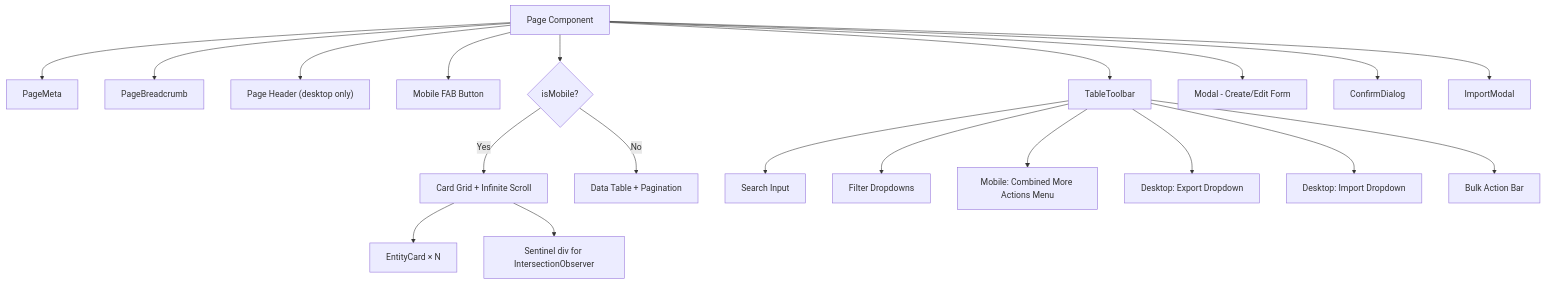
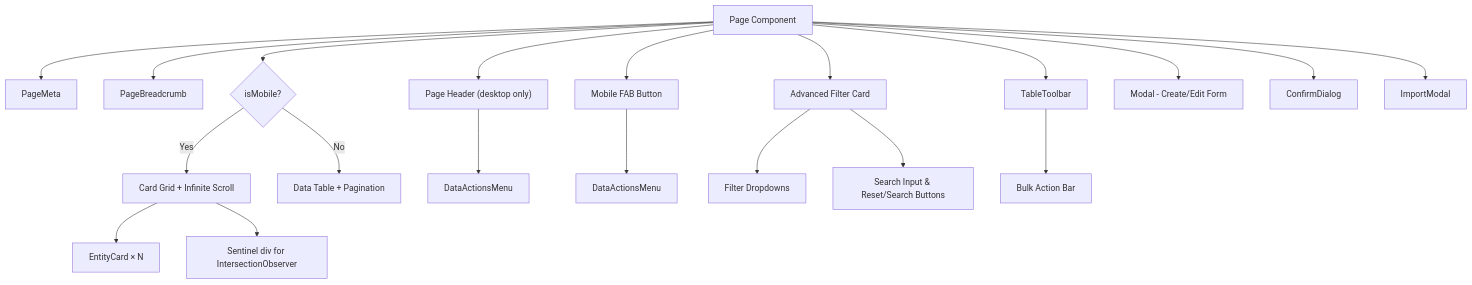
The diagram in PAGE_STANDARD_GUIDELINE.md (dev-pustek/fe-attendance-system), drawn with Mermaid before and after one commit. The commit also changed other lines of this file and 61 other files, not shown here.

````diff
--- a/PAGE_STANDARD_GUIDELINE.md
+++ b/PAGE_STANDARD_GUIDELINE.md
@@ -63,24 +63,24 @@
 ```mermaid
 graph TD
     A[Page Component] --> B[PageMeta]
     A --> C[PageBreadcrumb]
     A --> D["Page Header (desktop only)"]
     A --> E[Mobile FAB Button]
-    A --> F[TableToolbar]
-    A --> G{isMobile?}
-    G -->|Yes| H[Card Grid + Infinite Scroll]
-    G -->|No| I[Data Table + Pagination]
-    A --> J[Modal - Create/Edit Form]
-    A --> K[ConfirmDialog]
-    A --> L[ImportModal]
+    A --> F["Advanced Filter Card"]
+    A --> G[TableToolbar]
+    A --> H{isMobile?}
+    H -->|Yes| I[Card Grid + Infinite Scroll]
+    H -->|No| J[Data Table + Pagination]
+    A --> K[Modal - Create/Edit Form]
+    A --> L[ConfirmDialog]
+    A --> M[ImportModal]
     
-    F --> F1[Search Input]
-    F --> F2[Filter Dropdowns]
-    F --> F3["Mobile: Combined More Actions Menu"]
-    F --> F4["Desktop: Export Dropdown"]
-    F --> F5["Desktop: Import Dropdown"]
-    F --> F6[Bulk Action Bar]
+    D --> D1[DataActionsMenu]
+    E --> E1[DataActionsMenu]
+    F --> F1[Filter Dropdowns]
+    F --> F2[Search Input & Reset/Search Buttons]
+    G --> G1[Bulk Action Bar]
     
-    H --> H1["EntityCard × N"]
-    H --> H2[Sentinel div for IntersectionObserver]
+    I --> I1["EntityCard × N"]
+    I --> I2[Sentinel div for IntersectionObserver]
 ```
````
